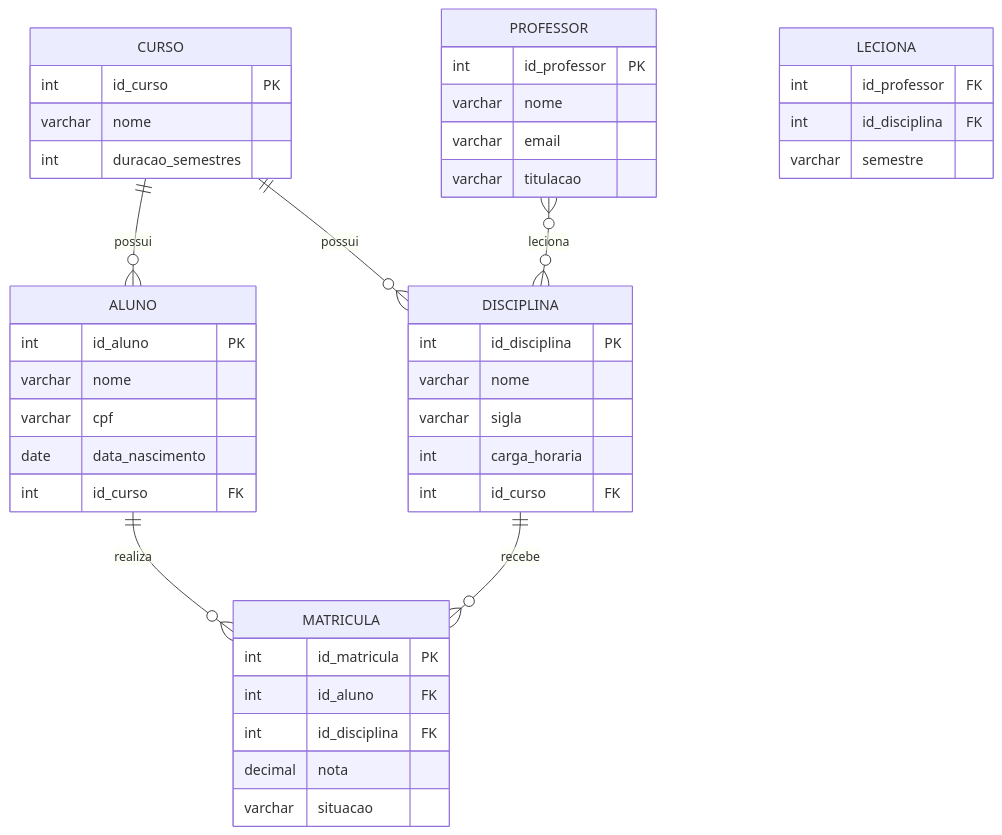
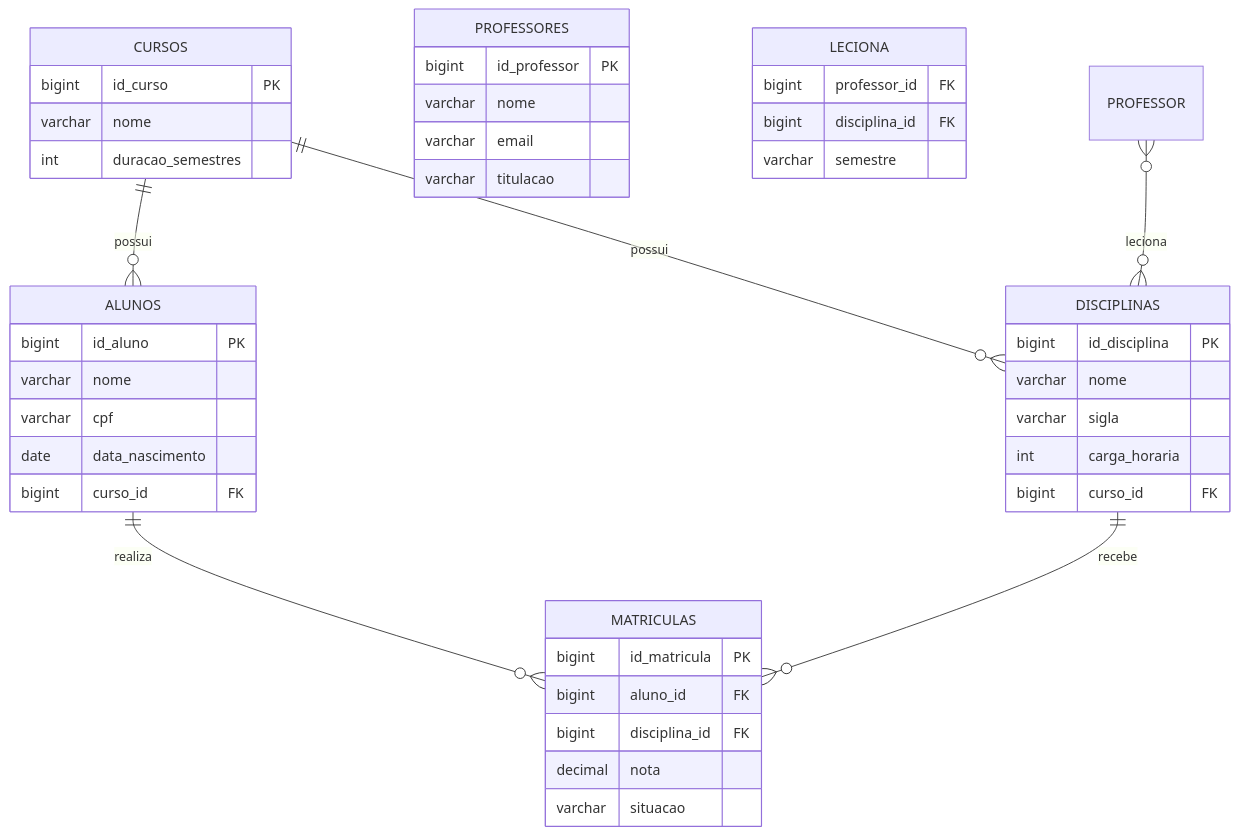
Before and after one commit to DSM-Fatec-Jahu/Banco-de-Dados-Relacional-IBD015: the eighth of 8 diagrams in aulas/Aula_01_Revisao_Modelagem_Conceitual.md, drawn with Mermaid. The commit also changed other lines of this file, not shown here.

````diff
--- a/aulas/Aula_01_Revisao_Modelagem_Conceitual.md
+++ b/aulas/Aula_01_Revisao_Modelagem_Conceitual.md
@@ -551,51 +551,51 @@
 ```mermaid
 erDiagram
-    CURSO {
-        int id_curso PK
+    CURSOS {
+        bigint id_curso PK
         varchar nome
         int duracao_semestres
     }
 
-    DISCIPLINA {
-        int id_disciplina PK
+    DISCIPLINAS {
+        bigint id_disciplina PK
         varchar nome
         varchar sigla
         int carga_horaria
-        int id_curso FK
+        bigint curso_id FK
     }
 
-    PROFESSOR {
-        int id_professor PK
+    PROFESSORES {
+        bigint id_professor PK
         varchar nome
         varchar email
         varchar titulacao
     }
 
-    ALUNO {
-        int id_aluno PK
+    ALUNOS {
+        bigint id_aluno PK
         varchar nome
         varchar cpf
         date data_nascimento
-        int id_curso FK
+        bigint curso_id FK
     }
 
-    MATRICULA {
-        int id_matricula PK
-        int id_aluno FK
-        int id_disciplina FK
+    MATRICULAS {
+        bigint id_matricula PK
+        bigint aluno_id FK
+        bigint disciplina_id FK
         decimal nota
         varchar situacao
     }
 
     LECIONA {
-        int id_professor FK
-        int id_disciplina FK
+        bigint professor_id FK
+        bigint disciplina_id FK
         varchar semestre
     }
 
-    CURSO ||--o{ DISCIPLINA : "possui"
-    CURSO ||--o{ ALUNO : "possui"
-    ALUNO ||--o{ MATRICULA : "realiza"
-    DISCIPLINA ||--o{ MATRICULA : "recebe"
-    PROFESSOR }o--o{ DISCIPLINA : "leciona"
+    CURSOS ||--o{ DISCIPLINAS : "possui"
+    CURSOS ||--o{ ALUNOS : "possui"
+    ALUNOS ||--o{ MATRICULAS : "realiza"
+    DISCIPLINAS ||--o{ MATRICULAS : "recebe"
+    PROFESSOR }o--o{ DISCIPLINAS : "leciona"
 ```
````
